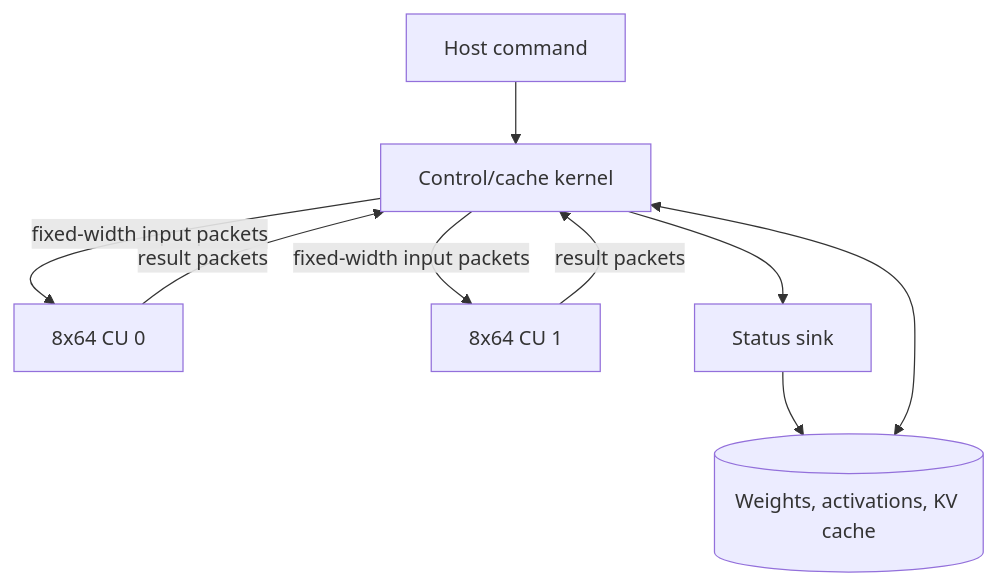
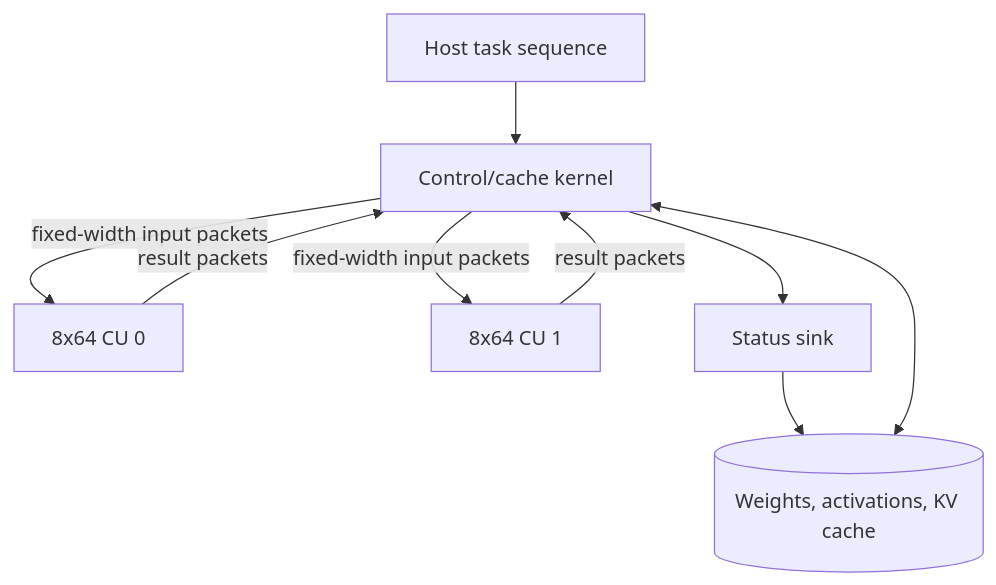
Before and after one commit to TruNcat3/LLM-ACCEL: the first of 3 diagrams in docs/architecture.md, drawn with Mermaid. The commit also changed other lines of this file and 56 other files, not shown here.

````diff
--- a/docs/architecture.md
+++ b/docs/architecture.md
@@ -34,11 +34,11 @@
 ```mermaid
 flowchart TB
-    API[Host command] --> CTRL[Control/cache kernel]
+    API[Host task sequence] --> CTRL[Control/cache kernel]
     MEM[(Weights, activations, KV cache)] <--> CTRL
     CTRL -->|fixed-width input packets| CU0[8x64 CU 0]
     CTRL -->|fixed-width input packets| CU1[8x64 CU 1]
     CU0 -->|result packets| CTRL
     CU1 -->|result packets| CTRL
     CTRL --> STATUS[Status sink]
     STATUS --> MEM
 ```
````
